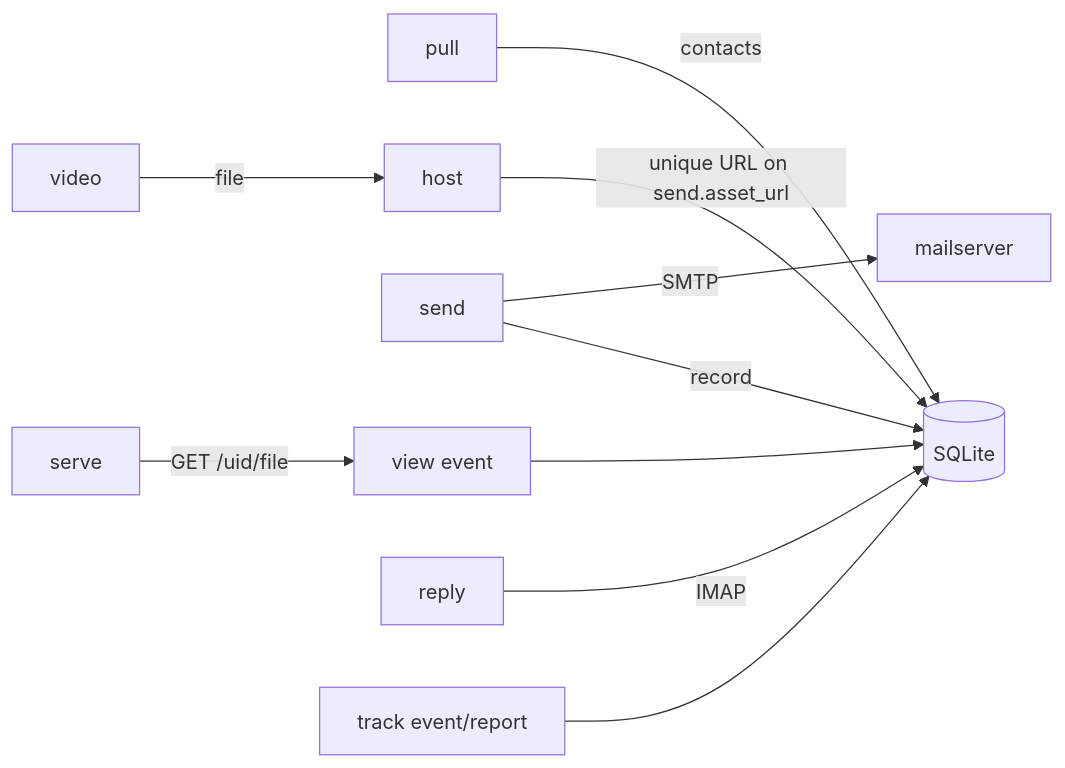
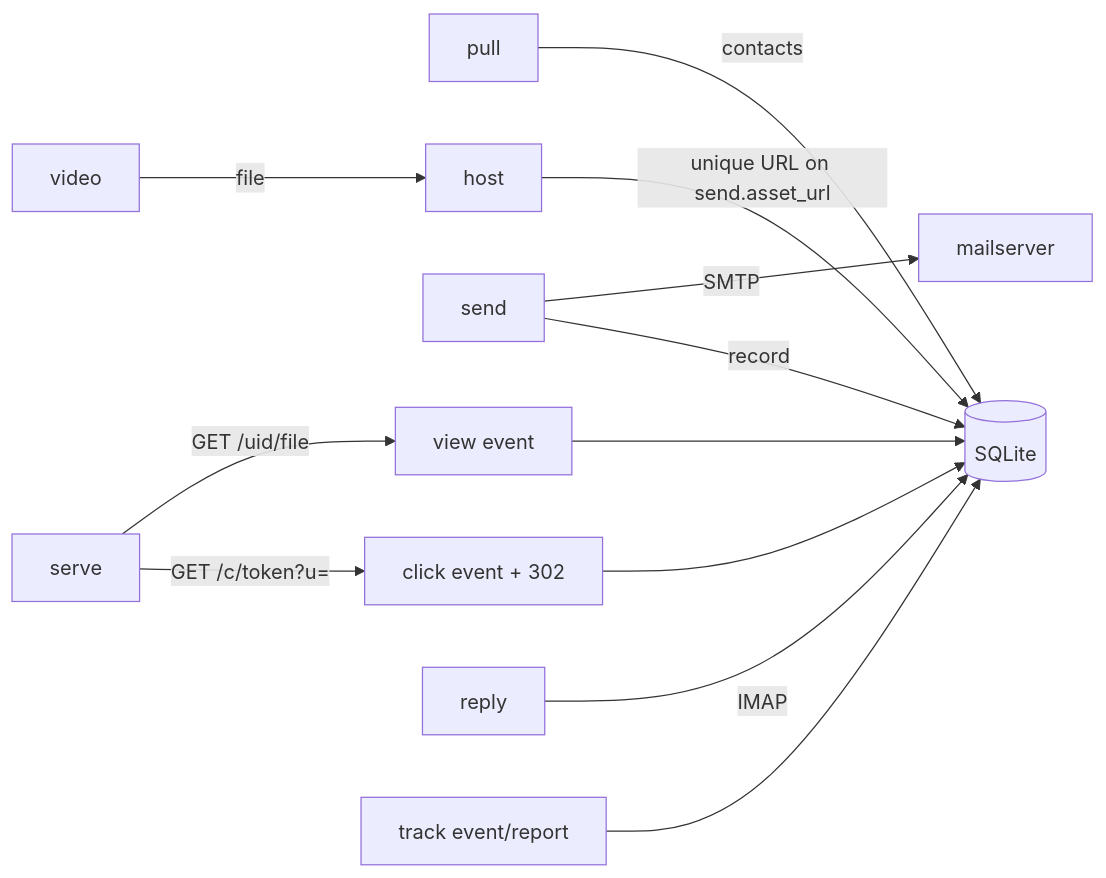
One commit to sancovp/twi-jobworld changed the diagram in connectors/outreach/README.md. Above: the diagram before and after it, drawn with Mermaid. The commit also changed other lines of this file and 7 other files, not shown here.

First line of the commit message:
Add click tracking via serve /c/<token> redirect (SPEC §9 click rate)

````diff
--- a/connectors/outreach/README.md
+++ b/connectors/outreach/README.md
@@ -46,9 +47,10 @@
 ```mermaid
 flowchart LR
   PULL[pull] -->|contacts| DB[(SQLite)]
   VID[video] -->|file| HOST[host] -->|unique URL on send.asset_url| DB
   SEND[send] -->|SMTP| MX[mailserver] ; SEND -->|record| DB
   SERVE[serve] -->|GET /uid/file| VIEW[view event] --> DB
+  SERVE -->|GET /c/token?u=| CLICK[click event + 302] --> DB
   REPLY[reply] -->|IMAP| DB
   TRACK[track event/report] --> DB
 ```
````
